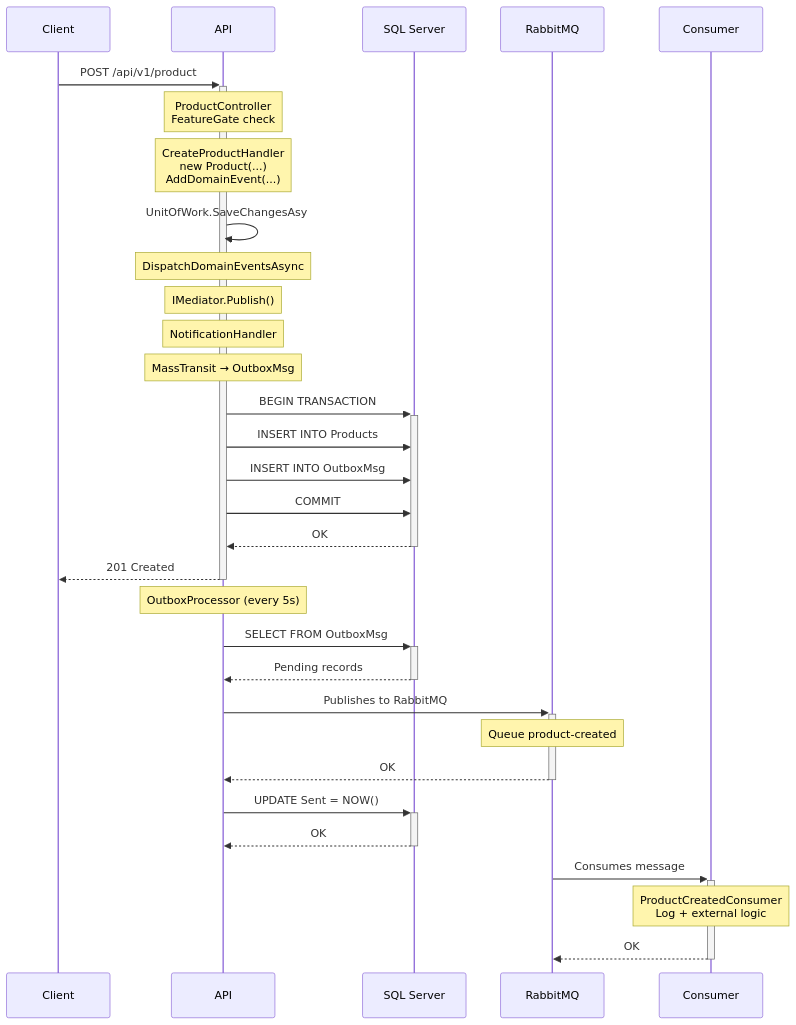
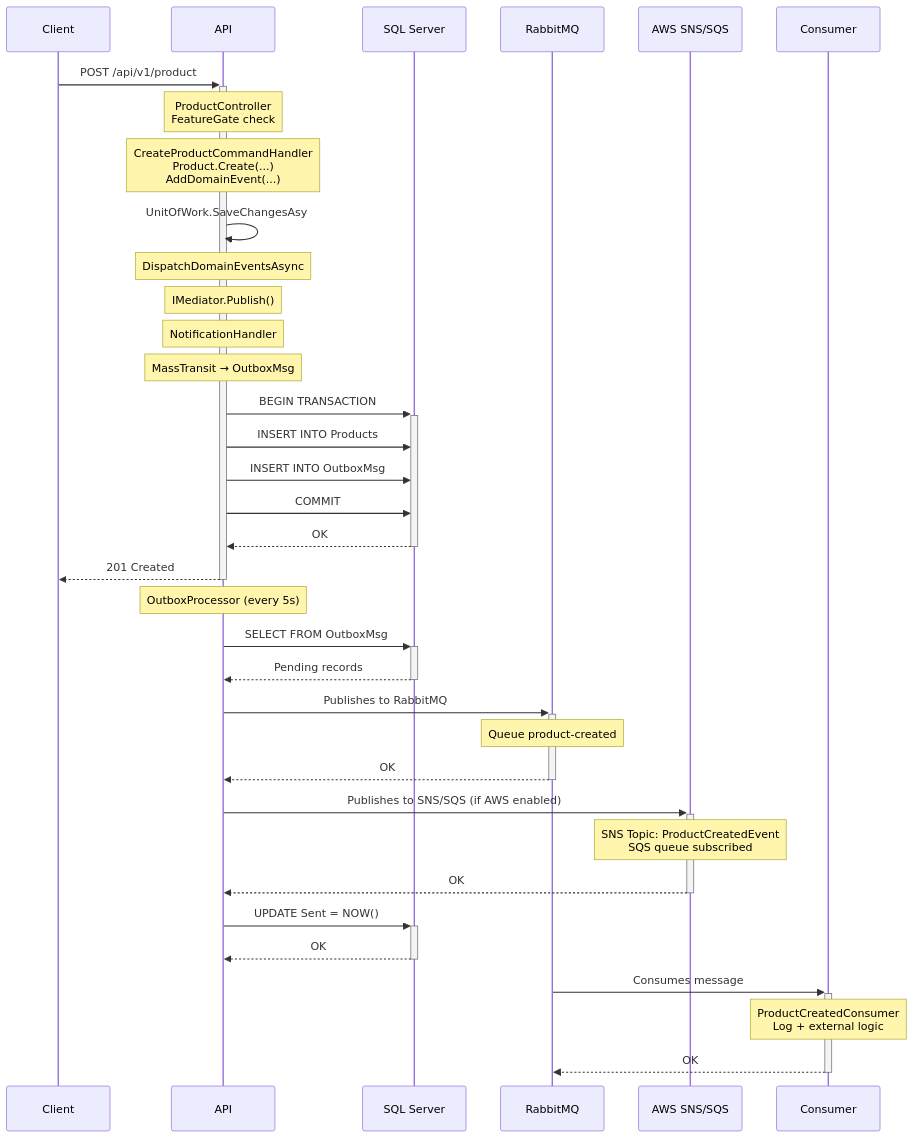
One commit to AcoranGonzalezMoray/SoftwareLearningGuide changed the seventh of 7 diagrams in docs/README.en.md. Above: the diagram before and after it, drawn with Mermaid. The commit also changed other lines of this file and 22 other files, not shown here.

````diff
--- a/docs/README.en.md
+++ b/docs/README.en.md
@@ -540,41 +610,46 @@
 ```mermaid
 sequenceDiagram
     participant C as Client
     participant API as API
     participant SQL as SQL Server
     participant RMQ as RabbitMQ
+    participant AWS as AWS SNS/SQS
     participant CON as Consumer
     
     C->>+API: POST /api/v1/product
     Note over API: ProductController<br/>FeatureGate check
-    Note over API: CreateProductHandler<br/>new Product(...)<br/>AddDomainEvent(...)
+    Note over API: CreateProductCommandHandler<br/>Product.Create(...)<br/>AddDomainEvent(...)
     
     API->>API: UnitOfWork.SaveChangesAsy
     Note over API: DispatchDomainEventsAsync
     Note over API: IMediator.Publish()
     Note over API: NotificationHandler
     Note over API: MassTransit → OutboxMsg
     
     API->>+SQL: BEGIN TRANSACTION
     API->>SQL: INSERT INTO Products
     API->>SQL: INSERT INTO OutboxMsg
     API->>SQL: COMMIT
     SQL-->>-API: OK
     
     API-->>-C: 201 Created
     
     Note over API: OutboxProcessor (every 5s)
     API->>+SQL: SELECT FROM OutboxMsg
     SQL-->>-API: Pending records
     
     API->>+RMQ: Publishes to RabbitMQ
     Note over RMQ: Queue product-created
     RMQ-->>-API: OK
     
+    API->>+AWS: Publishes to SNS/SQS (if AWS enabled)
+    Note over AWS: SNS Topic: ProductCreatedEvent<br/>SQS queue subscribed
+    AWS-->>-API: OK
+    
     API->>+SQL: UPDATE Sent = NOW()
     SQL-->>-API: OK
     
     RMQ->>+CON: Consumes message
     Note over CON: ProductCreatedConsumer<br/>Log + external logic
     CON-->>-RMQ: OK
 ```
````
